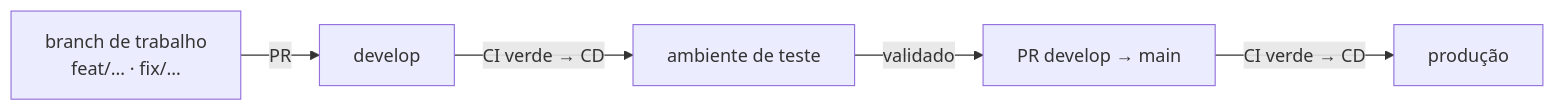
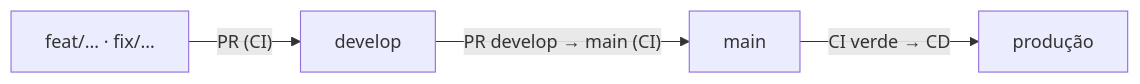
Before and after one commit to GabrielGGC18/MidiaComercial: the first of 2 diagrams in docs/14-DEPLOY-E-OPERACAO.md, drawn with Mermaid. The commit also changed other lines of this file and 1 other file, not shown here.

First line of the commit message:
docs: fluxo simples feat → develop → main, sem ambiente de teste publicado

````diff
--- a/docs/14-DEPLOY-E-OPERACAO.md
+++ b/docs/14-DEPLOY-E-OPERACAO.md
@@ -14,7 +15,6 @@
 ```mermaid
 flowchart LR
-    F["branch de trabalho<br/>feat/… · fix/…"] -->|"PR"| D["develop"]
-    D -->|"CI verde → CD"| T["ambiente de teste"]
-    T -->|"validado"| PR["PR develop → main"]
-    PR -->|"CI verde → CD"| P["produção"]
+    F["feat/… · fix/…"] -->|"PR (CI)"| D["develop"]
+    D -->|"PR develop → main (CI)"| M["main"]
+    M -->|"CI verde → CD"| P["produção"]
 ```
````
